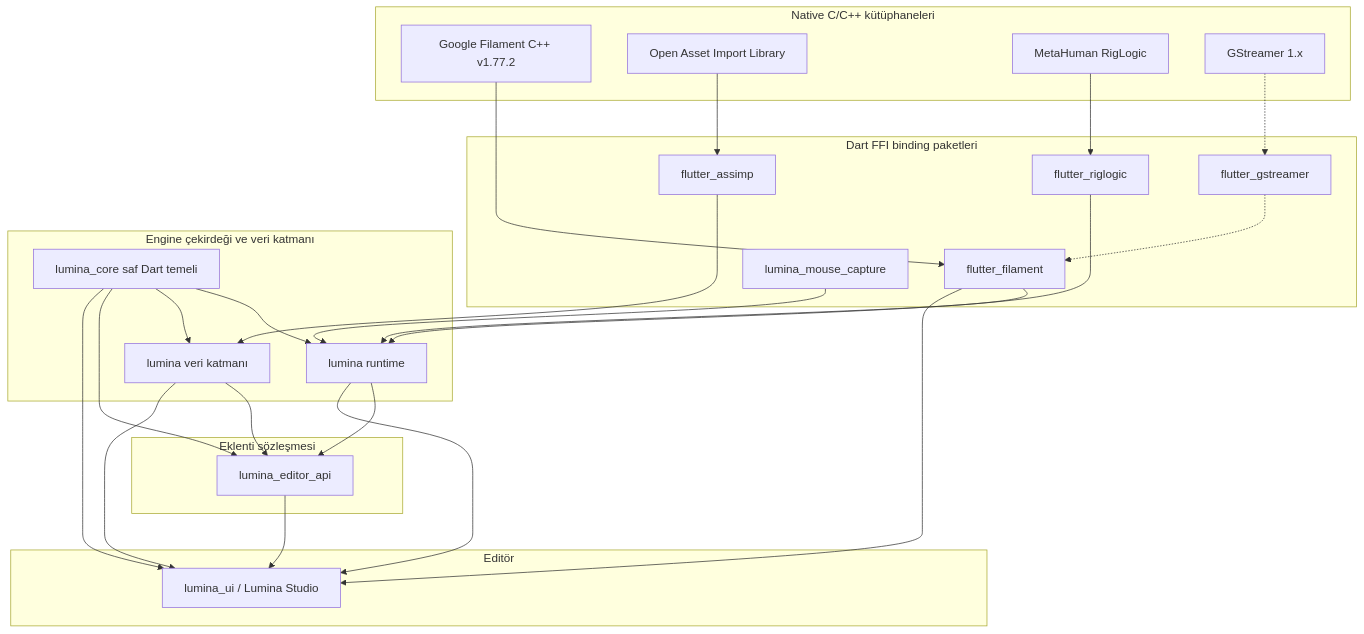
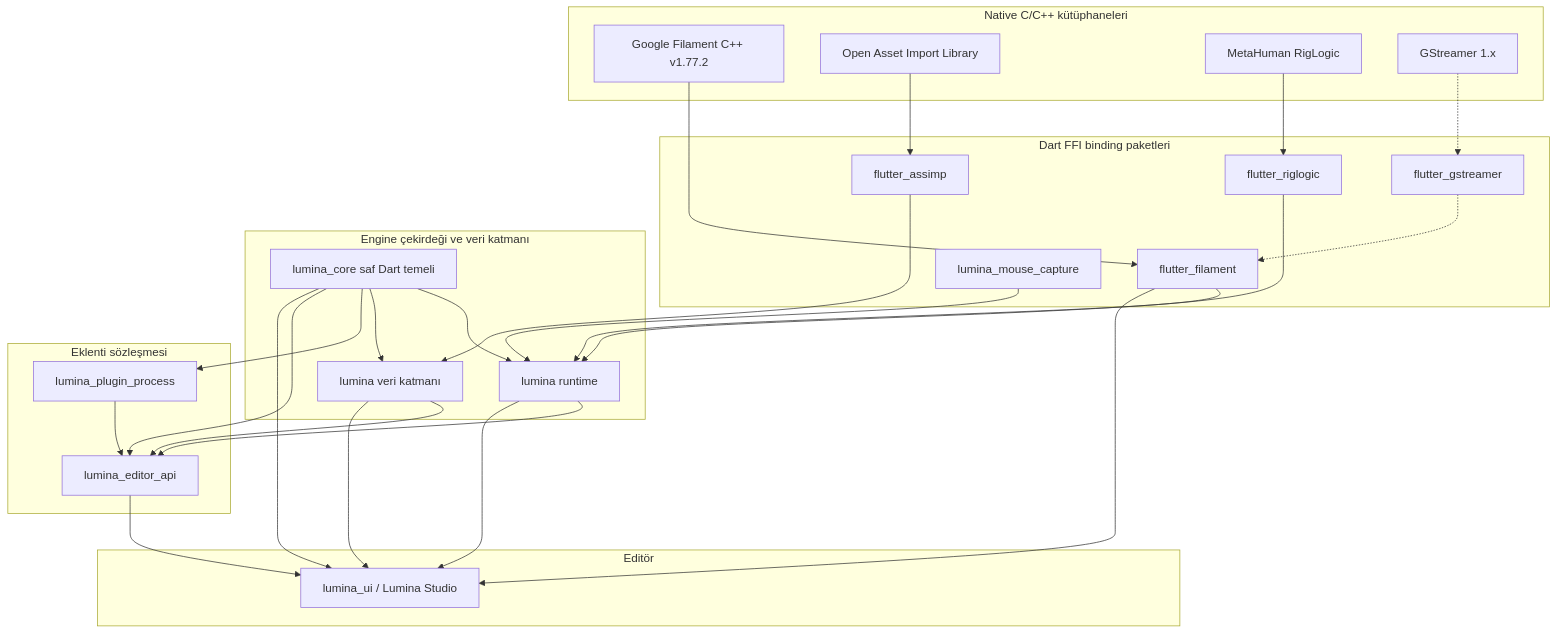
Before and after one commit to LuminaGame/lumina: the diagram in docs/tr/overview/layers.md, drawn with Mermaid. The commit also changed other lines of this file and 62 other files, not shown here.

````diff
--- a/docs/tr/overview/layers.md
+++ b/docs/tr/overview/layers.md
@@ -11,54 +11,57 @@
 ```mermaid
 graph TD
     subgraph C_Level [Native C/C++ kütüphaneleri]
         FilamentCPP[Google Filament C++ v1.77.2]
         AssimpCPP[Open Asset Import Library]
         RigLogicCPP[MetaHuman RigLogic]
         GStreamerC[GStreamer 1.x]
     end
 
     subgraph FFI_Level [Dart FFI binding paketleri]
         FlutterFilament[flutter_filament]
         FlutterAssimp[flutter_assimp]
         FlutterRiglogic[flutter_riglogic]
         FlutterGStreamer[flutter_gstreamer]
         MouseCapture[lumina_mouse_capture]
     end
 
     subgraph Core_Level [Engine çekirdeği ve veri katmanı]
         PureCore[lumina_core saf Dart temeli]
         LuminaCore[lumina runtime]
         LuminaData[lumina veri katmanı]
     end
 
     subgraph Plugin_Level [Eklenti sözleşmesi]
+        PluginProcess[lumina_plugin_process]
         EditorAPI[lumina_editor_api]
     end
 
     subgraph Studio_Level [Editör]
         LuminaUI[lumina_ui / Lumina Studio]
     end
 
     FilamentCPP --> FlutterFilament
     AssimpCPP --> FlutterAssimp
     RigLogicCPP --> FlutterRiglogic
     GStreamerC -.-> FlutterGStreamer
 
     FlutterFilament --> LuminaCore
     FlutterAssimp --> LuminaData
     FlutterRiglogic --> LuminaCore
     MouseCapture --> LuminaCore
     FlutterGStreamer -.-> FlutterFilament
 
     PureCore --> LuminaCore
     PureCore --> LuminaData
+    PureCore --> PluginProcess
+    PluginProcess --> EditorAPI
     PureCore --> EditorAPI
     PureCore --> LuminaUI
     LuminaCore --> EditorAPI
     LuminaData --> EditorAPI
 
     EditorAPI --> LuminaUI
     LuminaCore --> LuminaUI
     LuminaData --> LuminaUI
     FlutterFilament --> LuminaUI
 ```
````
